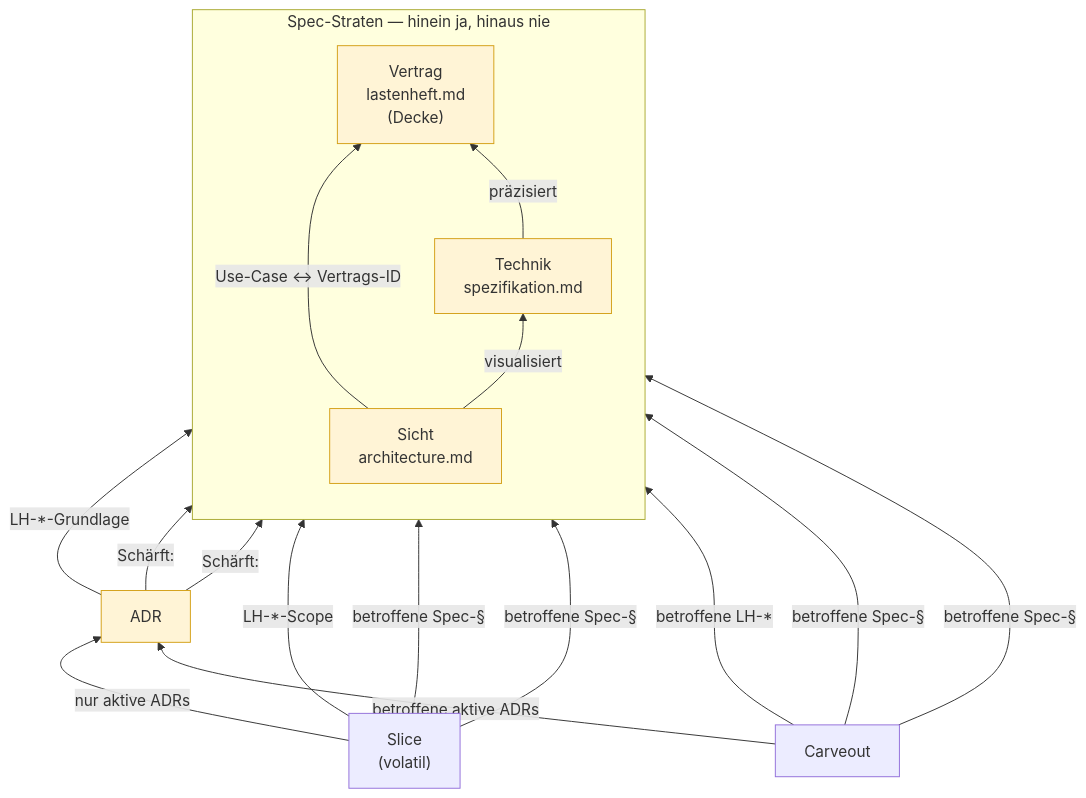
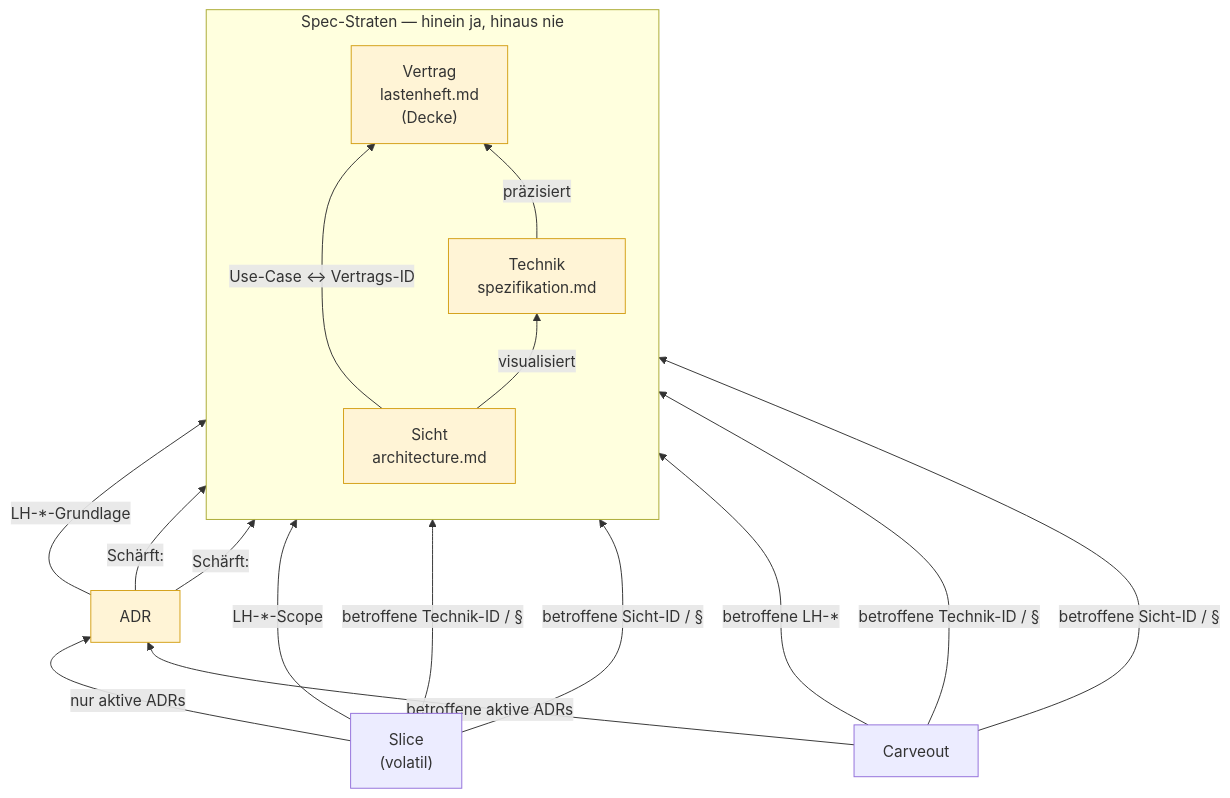
Before and after one commit to pt9912/ai-harness-course: the first of 3 diagrams in kurs/de/grundlagen/referenz-richtung.md, drawn with Mermaid. The commit also changed other lines of this file and 25 other files, not shown here.

````diff
--- a/kurs/de/grundlagen/referenz-richtung.md
+++ b/kurs/de/grundlagen/referenz-richtung.md
@@ -55,24 +60,24 @@
 ```mermaid
 flowchart BT
     subgraph SPEC["Spec-Straten — hinein ja, hinaus nie"]
         direction BT
         V["Sicht<br/>architecture.md"] -->|visualisiert| T["Technik<br/>spezifikation.md"]
         V -->|"Use-Case ↔ Vertrags-ID"| L["Vertrag<br/>lastenheft.md<br/>(Decke)"]
         T -->|präzisiert| L
     end
     A["ADR"] -->|"LH-*-Grundlage"| L
     A -->|"Schärft:"| T
     A -->|"Schärft:"| V
     S["Slice<br/>(volatil)"] -->|"LH-*-Scope"| L
-    S -->|"betroffene Spec-§"| T
-    S -->|"betroffene Spec-§"| V
+    S -->|"betroffene Technik-ID / §"| T
+    S -->|"betroffene Sicht-ID / §"| V
     S -->|"nur aktive ADRs"| A
     C["Carveout"] -->|"betroffene LH-*"| L
-    C -->|"betroffene Spec-§"| T
-    C -->|"betroffene Spec-§"| V
+    C -->|"betroffene Technik-ID / §"| T
+    C -->|"betroffene Sicht-ID / §"| V
     C -->|"betroffene aktive ADRs"| A
     style L fill:#fff4d6,stroke:#d4a017
     style T fill:#fff4d6,stroke:#d4a017
     style V fill:#fff4d6,stroke:#d4a017
     style A fill:#fff4d6,stroke:#d4a017
 ```
````
